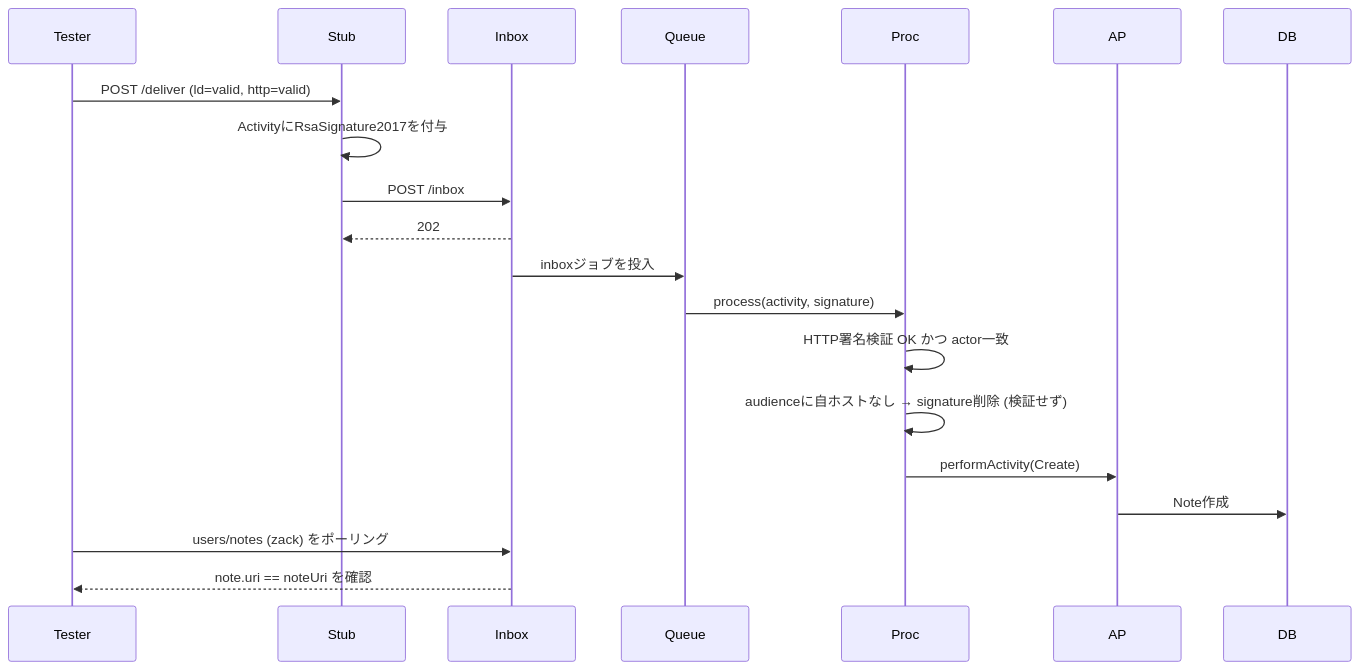
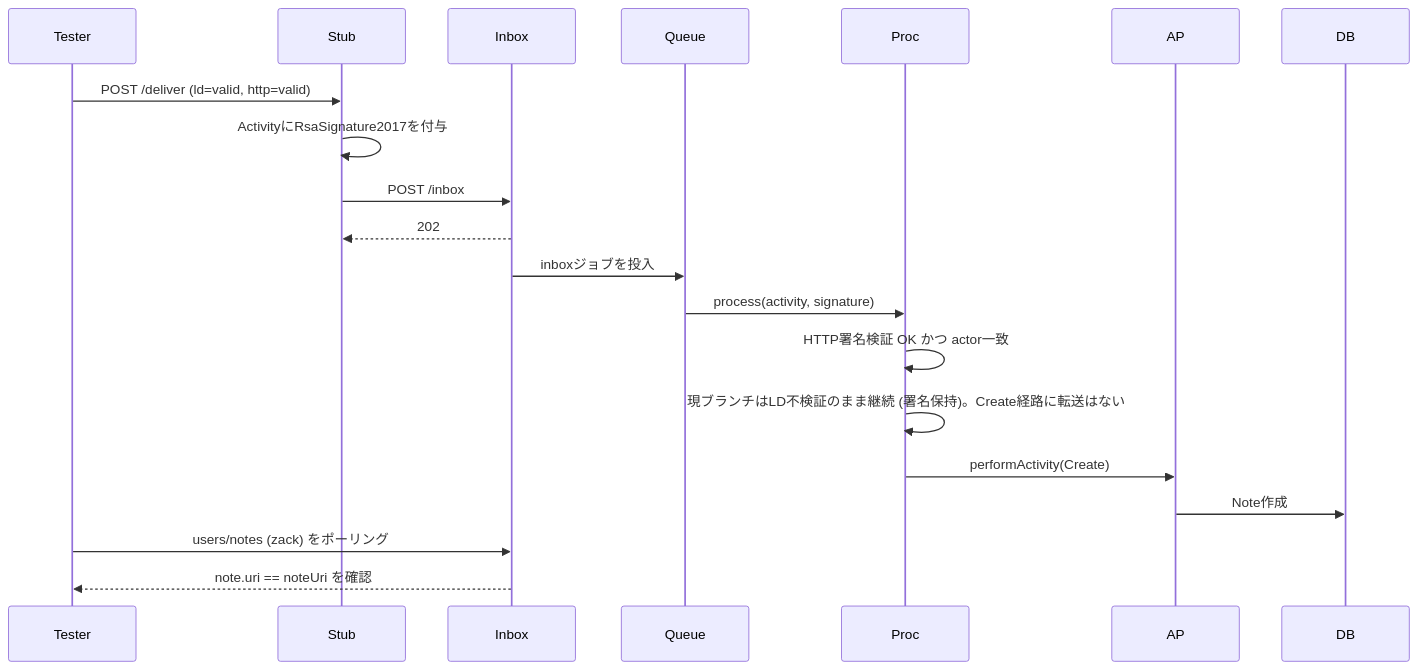
Before and after one commit to 4ster1sk/cherrypick: the third of 11 diagrams in packages/backend/test-federation/test/json-ld-signature.sequence.md, drawn with Mermaid. The commit also changed other lines of this file and 3 other files, not shown here.

````diff
--- a/packages/backend/test-federation/test/json-ld-signature.sequence.md
+++ b/packages/backend/test-federation/test/json-ld-signature.sequence.md
@@ -48,15 +48,15 @@
 ```mermaid
 sequenceDiagram
     Tester->>Stub: POST /deliver (ld=valid, http=valid)
     Stub->>Stub: ActivityにRsaSignature2017を付与
     Stub->>Inbox: POST /inbox
     Inbox-->>Stub: 202
     Inbox->>Queue: inboxジョブを投入
     Queue->>Proc: process(activity, signature)
     Proc->>Proc: HTTP署名検証 OK かつ actor一致
-    Proc->>Proc: audienceに自ホストなし → signature削除 (検証せず)
+    Proc->>Proc: 現ブランチはLD不検証のまま継続 (署名保持)。Create経路に転送はない
     Proc->>AP: performActivity(Create)
     AP->>DB: Note作成
     Tester->>Inbox: users/notes (zack) をポーリング
     Inbox-->>Tester: note.uri == noteUri を確認
 ```
````
